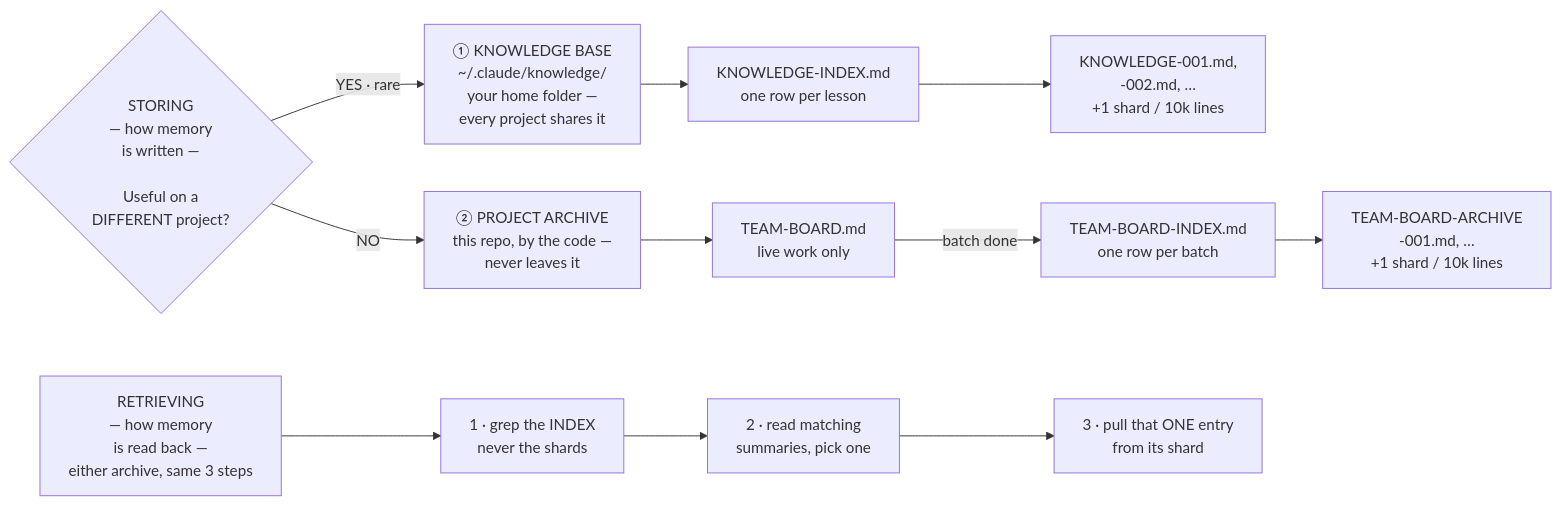
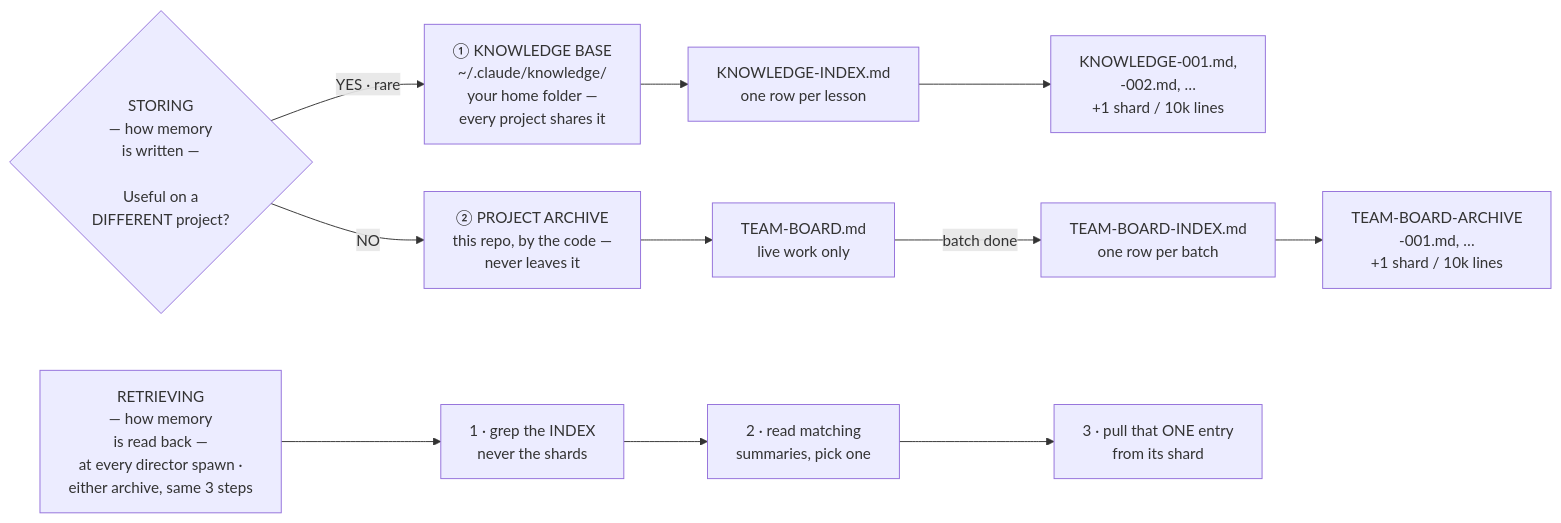
One commit to ynscancode/agentic-architecture changed the diagram in README.md. Above: the diagram before and after it, drawn with Mermaid. The commit also changed other lines of this file and 2 other files, not shown here.

````diff
--- a/README.md
+++ b/README.md
@@ -26,20 +26,20 @@
 ```mermaid
 flowchart LR
     Q{"STORING<br/>— how memory<br/>is written —<br/><br/>Useful on a<br/>DIFFERENT project?"}
     Q -->|"YES · rare"| K1
     Q -->|"NO"| P1
 
     K1["① KNOWLEDGE BASE<br/>~/.claude/knowledge/<br/>your home folder —<br/>every project shares it"]
     K1 --> K2["KNOWLEDGE-INDEX.md<br/>one row per lesson"]
     K2 --> K3["KNOWLEDGE-001.md,<br/>-002.md, …<br/>+1 shard / 10k lines"]
 
     P1["② PROJECT ARCHIVE<br/>this repo, by the code —<br/>never leaves it"]
     P1 --> P2["TEAM-BOARD.md<br/>live work only"]
     P2 -->|"batch done"| P3["TEAM-BOARD-INDEX.md<br/>one row per batch"]
     P3 --> P4["TEAM-BOARD-ARCHIVE<br/>-001.md, …<br/>+1 shard / 10k lines"]
 
-    R1["RETRIEVING<br/>— how memory<br/>is read back —<br/>either archive, same 3 steps"]
+    R1["RETRIEVING<br/>— how memory<br/>is read back —<br/>at every director spawn ·<br/>either archive, same 3 steps"]
     R1 --> R2["1 · grep the INDEX<br/>never the shards"]
     R2 --> R3["2 · read matching<br/>summaries, pick one"]
     R3 --> R4["3 · pull that ONE entry<br/>from its shard"]
 ```
````
